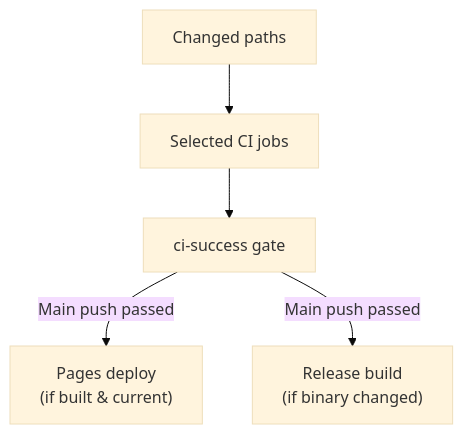
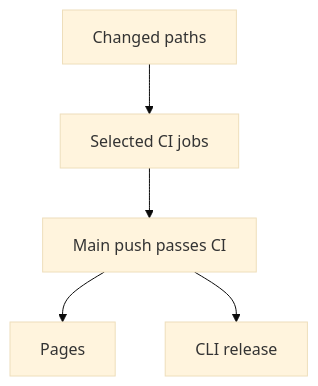
The diagram in docs/content/development/ci-and-releases.md (sneivandt/dotfiles), drawn with Mermaid (base theme) before and after one commit. The commit also changed other lines of this file and 4 other files, not shown here.

Commit message:
Fit contributor diagrams on phones and align profile terminology

````diff
--- a/docs/content/development/ci-and-releases.md
+++ b/docs/content/development/ci-and-releases.md
@@ -25,9 +25,9 @@
 ```mermaid
 flowchart TB
     accTitle: CI gates documentation and binary publication separately
     accDescr: Changed paths select CI jobs. After successful same-repository push CI on main, Pages deploys a built site only while its commit is current. Release selection separately checks for pending binary or publishing changes.
     Changes["Changed paths"] --> Jobs["Selected CI jobs"]
-    Jobs --> Gate["ci-success gate"]
-    Gate -- "Main push passed" --> Docs["Pages deploy<br/>(if built & current)"]
-    Gate -- "Main push passed" --> Release["Release build<br/>(if binary changed)"]
+    Jobs --> Gate["Main push passes CI"]
+    Gate --> Docs["Pages"]
+    Gate --> Release["CLI release"]
 ```
````
